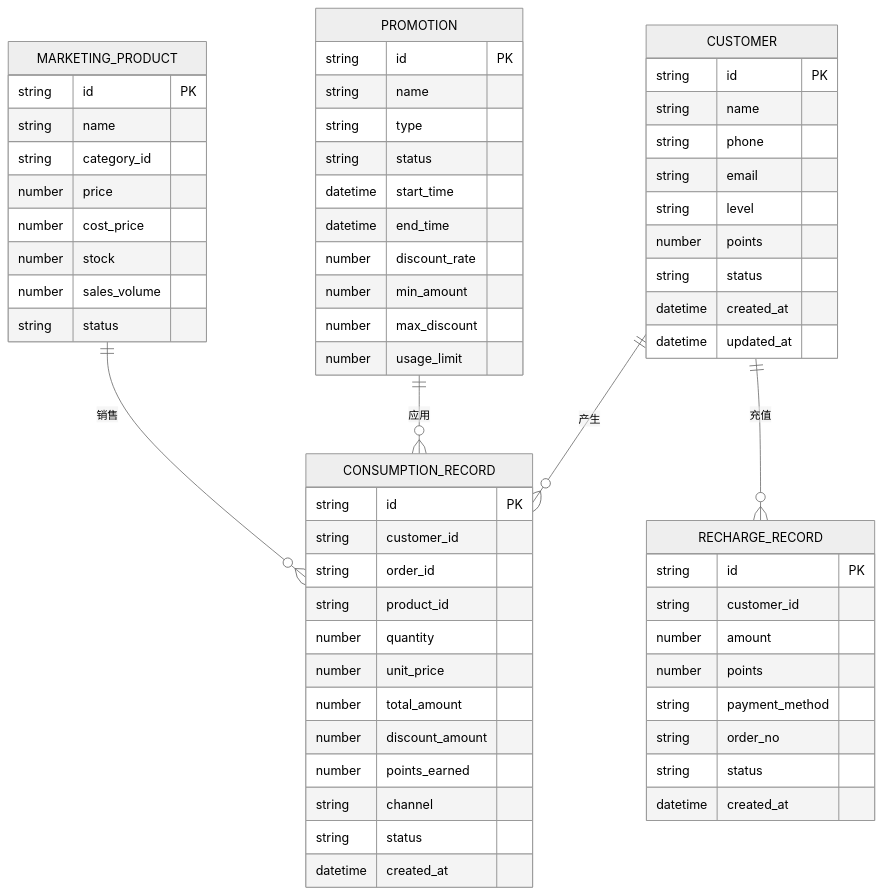
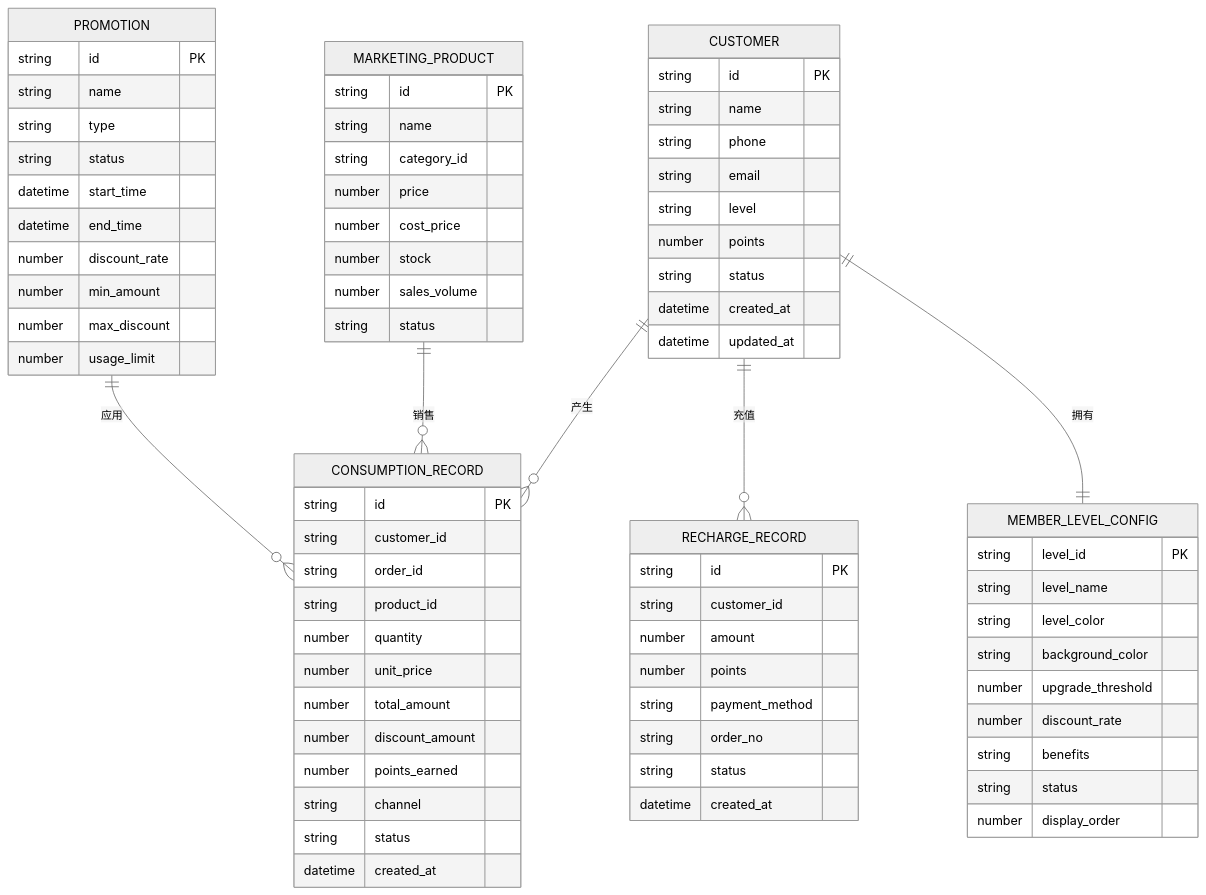
One commit to rc558620/purelyprofit-server changed diagram 15 of 15 in .qoder/repowiki/zh/content/业务模块/营销推广模块/营销推广模块.md. Above: the diagram before and after it, drawn with Mermaid (neutral theme). The commit also changed other lines of this file and 534 other files, not shown here.

````diff
--- a/.qoder/repowiki/zh/content/业务模块/营销推广模块/营销推广模块.md
+++ b/.qoder/repowiki/zh/content/业务模块/营销推广模块/营销推广模块.md
@@ -554,64 +694,76 @@
 ```mermaid
 erDiagram
 CUSTOMER {
 string id PK
 string name
 string phone
 string email
 string level
 number points
 string status
 datetime created_at
 datetime updated_at
 }
 PROMOTION {
 string id PK
 string name
 string type
 string status
 datetime start_time
 datetime end_time
 number discount_rate
 number min_amount
 number max_discount
 number usage_limit
 }
 MARKETING_PRODUCT {
 string id PK
 string name
 string category_id
 number price
 number cost_price
 number stock
 number sales_volume
 string status
 }
 CONSUMPTION_RECORD {
 string id PK
 string customer_id
 string order_id
 string product_id
 number quantity
 number unit_price
 number total_amount
 number discount_amount
 number points_earned
 string channel
 string status
 datetime created_at
 }
 RECHARGE_RECORD {
 string id PK
 string customer_id
 number amount
 number points
 string payment_method
 string order_no
 string status
 datetime created_at
 }
+MEMBER_LEVEL_CONFIG {
+string level_id PK
+string level_name
+string level_color
+string background_color
+number upgrade_threshold
+number discount_rate
+string benefits
+string status
+number display_order
+}
 CUSTOMER ||--o{ CONSUMPTION_RECORD : "产生"
 PROMOTION ||--o{ CONSUMPTION_RECORD : "应用"
 MARKETING_PRODUCT ||--o{ CONSUMPTION_RECORD : "销售"
 CUSTOMER ||--o{ RECHARGE_RECORD : "充值"
+CUSTOMER ||--|| MEMBER_LEVEL_CONFIG : "拥有"
 ```
````
